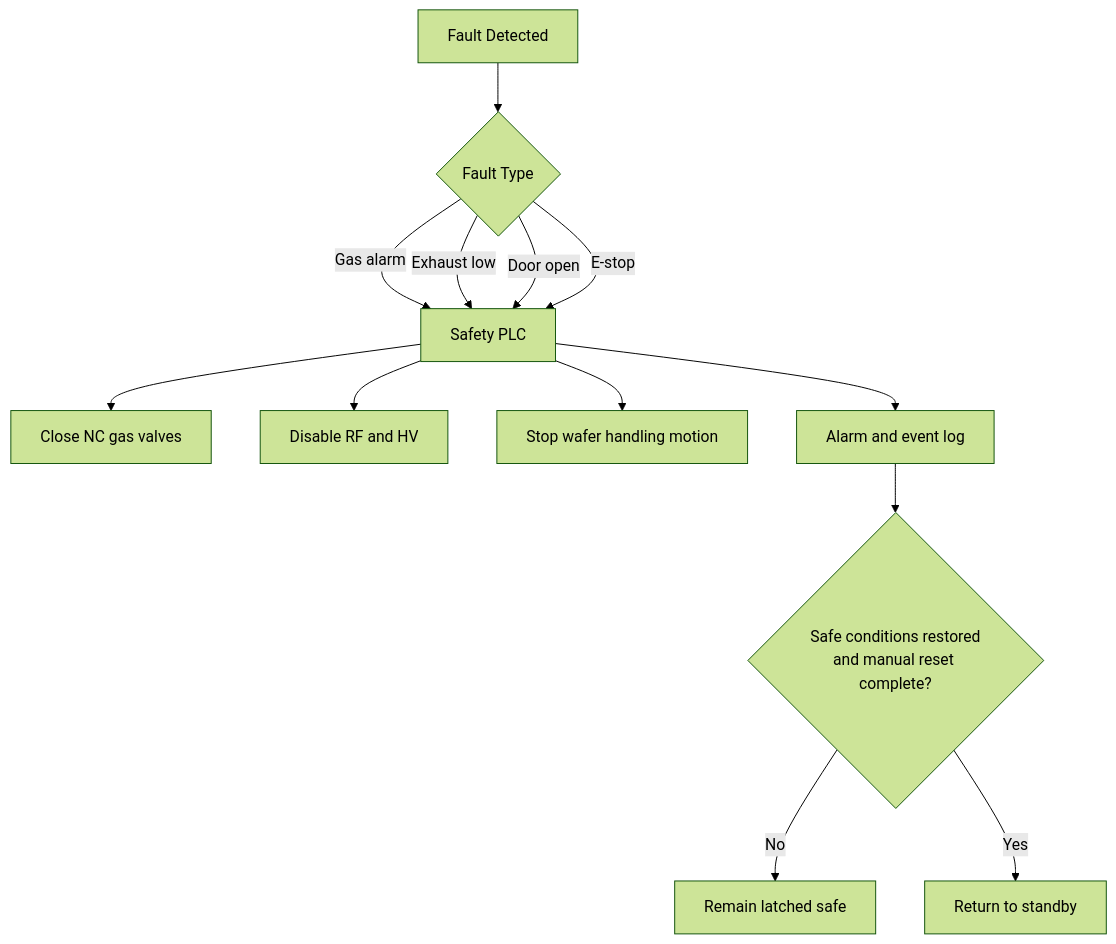
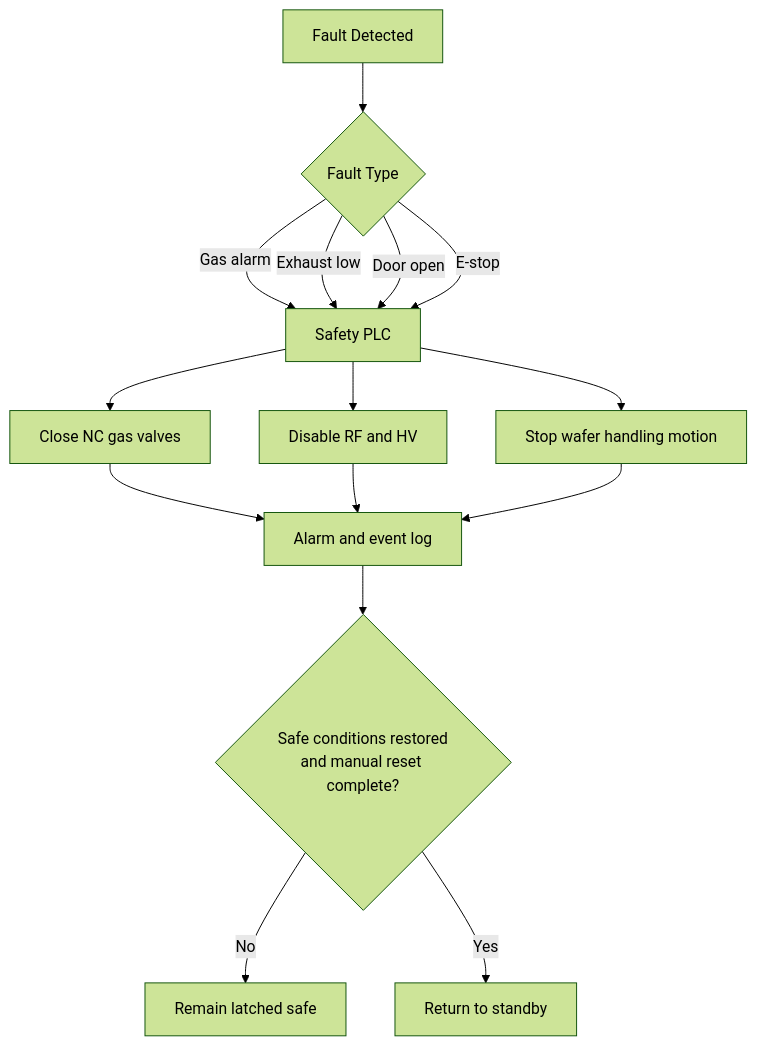
One commit to kyawminthu20/Control-System-Tools changed the fourth of 6 diagrams in docs/scenarios/semiconductor-fab-tool/index.md. Above: the diagram before and after it, drawn with Mermaid (forest theme). The commit also changed other lines of this file, not shown here.

Commit message:
fix: correct three diagram quality issues in semiconductor fab tool scenario
- Fault Trip Sequence: route V/R/M through A so all safety actions aggregate before latch check
- Cybersecurity Zone: replace solid TC---SP edge with dashed 'hardwired only' edge
- HV Access Interlock: label E-->C polling loop edge 'wait for bleed-down'

````diff
--- a/docs/scenarios/semiconductor-fab-tool/index.md
+++ b/docs/scenarios/semiconductor-fab-tool/index.md
@@ -212,17 +212,19 @@
 ```mermaid
 flowchart TD
     F[Fault Detected] --> T{Fault Type}
     T -->|Gas alarm| S[Safety PLC]
     T -->|Exhaust low| S
     T -->|Door open| S
     T -->|E-stop| S
 
     S --> V[Close NC gas valves]
     S --> R[Disable RF and HV]
     S --> M[Stop wafer handling motion]
-    S --> A[Alarm and event log]
+    V --> A[Alarm and event log]
+    R --> A
+    M --> A
 
     A --> Q{Safe conditions restored<br/>and manual reset complete?}
     Q -->|No| L[Remain latched safe]
     Q -->|Yes| N[Return to standby]
 ```
````
